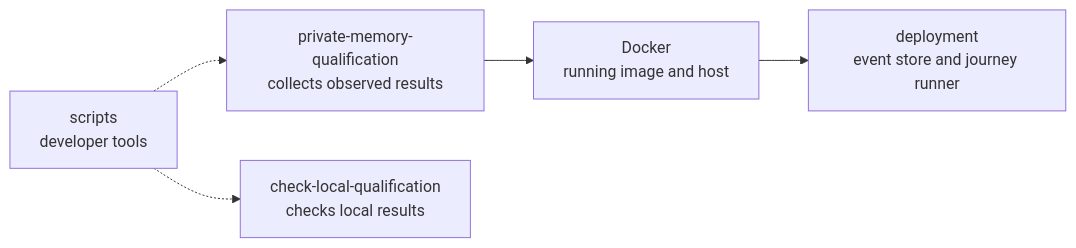
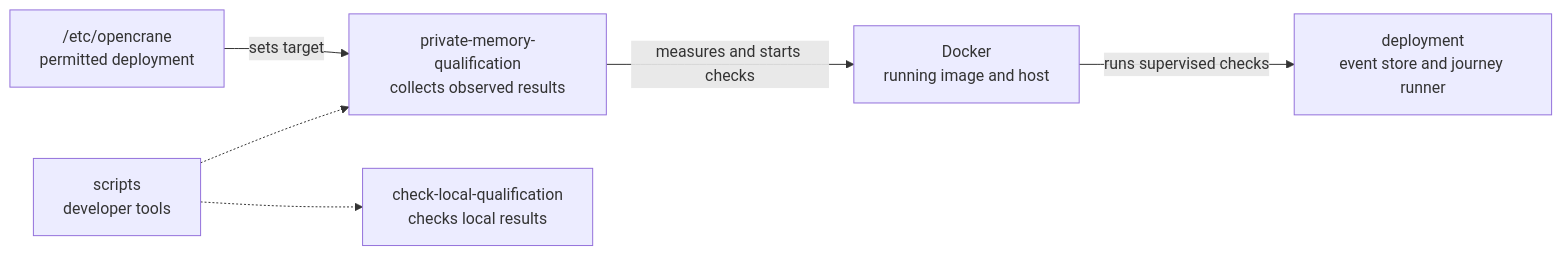
The diagram in scripts/private-memory-qualification/README.md (elewa-git/opencrane-new), drawn with Mermaid before and after one commit. The commit also changed other lines of this file and 8 other files, not shown here.

````diff
--- a/scripts/private-memory-qualification/README.md
+++ b/scripts/private-memory-qualification/README.md
@@ -15,7 +15,8 @@
 ```mermaid
 flowchart LR
   scripts["scripts<br/>developer tools"] -.-> collector["private-memory-qualification<br/>collects observed results"]
   scripts -.-> sibling["check-local-qualification<br/>checks local results"]
-  collector --> docker["Docker<br/>running image and host"]
-  docker --> deployment["deployment<br/>event store and journey runner"]
+  config["/etc/opencrane<br/>permitted deployment"] -->|sets target| collector
+  collector -->|measures and starts checks| docker["Docker<br/>running image and host"]
+  docker -->|runs supervised checks| deployment["deployment<br/>event store and journey runner"]
 ```
````
